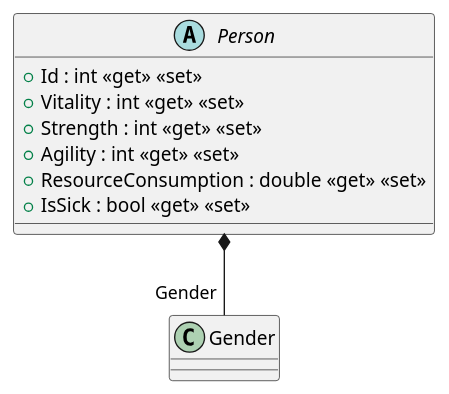
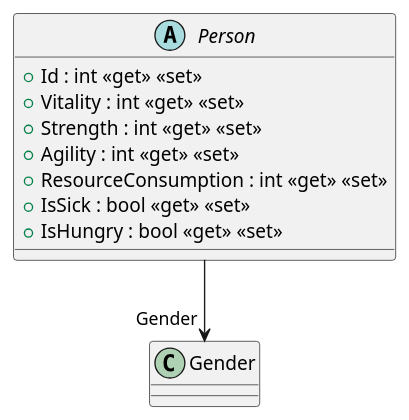
The diagram in UmlSchemas/ProjectSchema/Persistence/Models/Professions/Person.puml (kollibroman/ColonySimulator), drawn with PlantUML before and after one commit. The commit also changed 91 other files, not shown here.

```diff
--- a/UmlSchemas/ProjectSchema/Persistence/Models/Professions/Person.puml
+++ b/UmlSchemas/ProjectSchema/Persistence/Models/Professions/Person.puml
@@ -1,11 +1,12 @@
 @startuml
 abstract class Person {
     + Id : int <<get>> <<set>>
     + Vitality : int <<get>> <<set>>
     + Strength : int <<get>> <<set>>
     + Agility : int <<get>> <<set>>
-    + ResourceConsumption : double <<get>> <<set>>
+    + ResourceConsumption : int <<get>> <<set>>
     + IsSick : bool <<get>> <<set>>
+    + IsHungry : bool <<get>> <<set>>
 }
-Person *-- "Gender" Gender
+Person --> "Gender" Gender
 @enduml
```
